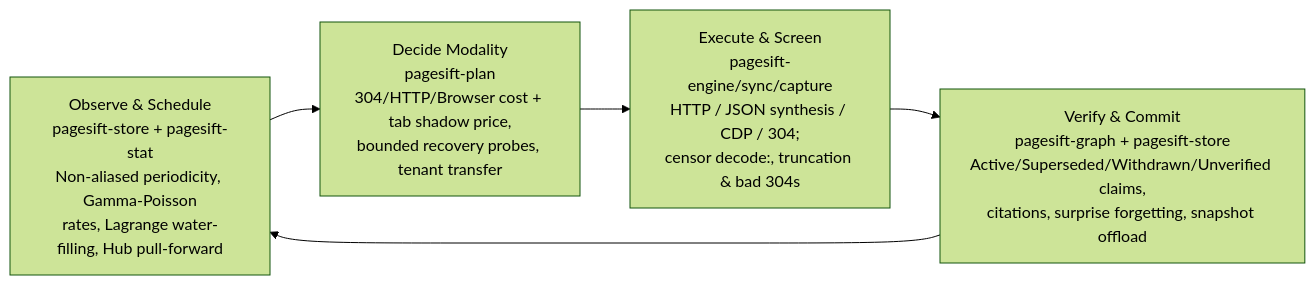
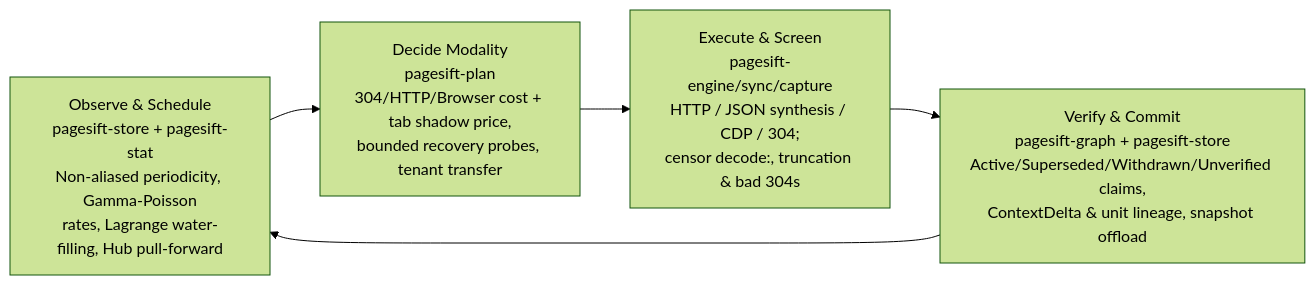
The second of 4 diagrams in README.md (YOLOW92/pagesift), drawn with Mermaid (forest theme) before and after one commit. The commit also changed other lines of this file and 167 other files, not shown here.

````diff
--- a/README.md
+++ b/README.md
@@ -176,9 +185,9 @@
 ```mermaid
 flowchart LR
     Obs["Observe & Schedule<br/>pagesift-store + pagesift-stat<br/>Non-aliased periodicity, Gamma-Poisson<br/>rates, Lagrange water-filling, Hub pull-forward"]
     Dec["Decide Modality<br/>pagesift-plan<br/>304/HTTP/Browser cost + tab shadow price,<br/>bounded recovery probes, tenant transfer"]
     Exe["Execute & Screen<br/>pagesift-engine/sync/capture<br/>HTTP / JSON synthesis / CDP / 304;<br/>censor decode:, truncation & bad 304s"]
-    Ver["Verify & Commit<br/>pagesift-graph + pagesift-store<br/>Active/Superseded/Withdrawn/Unverified claims,<br/>citations, surprise forgetting, snapshot offload"]
+    Ver["Verify & Commit<br/>pagesift-graph + pagesift-store<br/>Active/Superseded/Withdrawn/Unverified claims,<br/>ContextDelta & unit lineage, snapshot offload"]
 
     Obs --> Dec --> Exe --> Ver --> Obs
 ```
````
